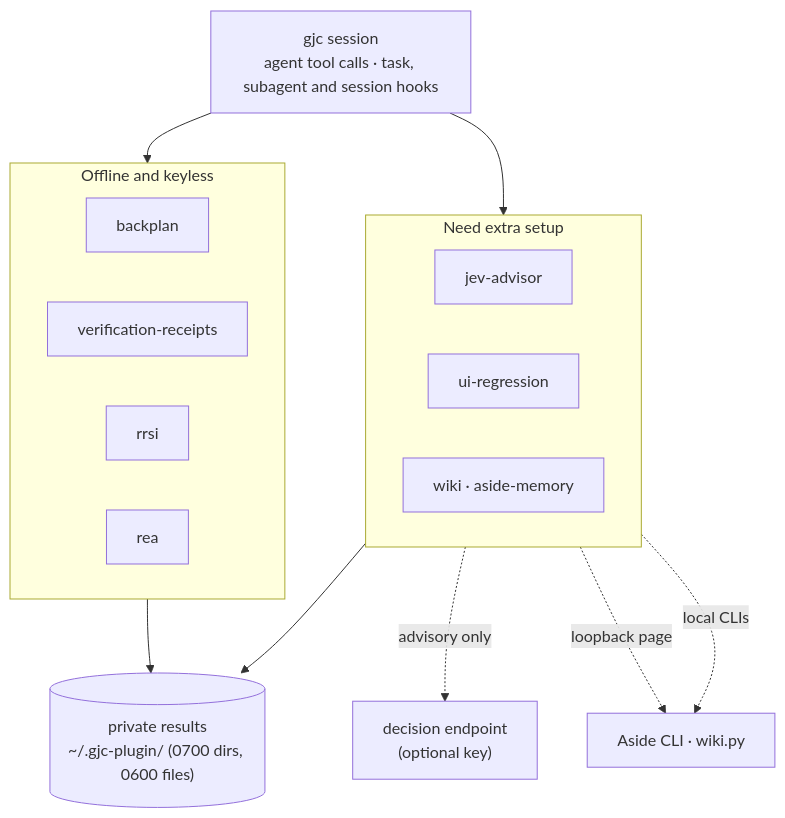
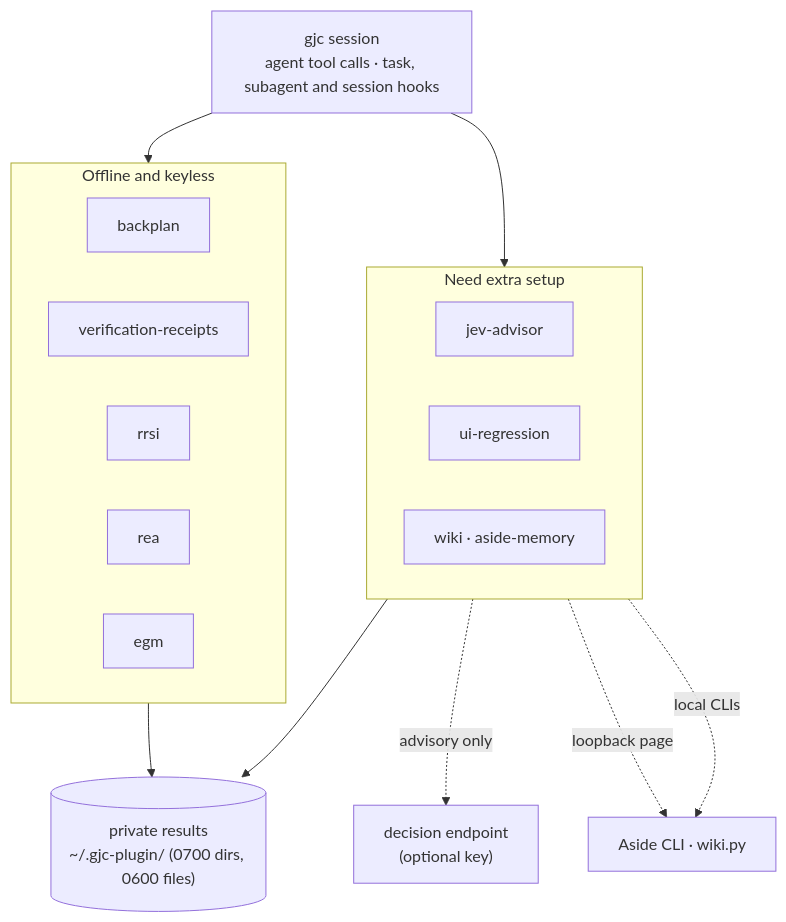
Before and after one commit to jjongguet/gjc-plugin: the diagram in README.md, drawn with Mermaid. The commit also changed other lines of this file and 19 other files, not shown here.

````diff
--- a/README.md
+++ b/README.md
@@ -86,27 +87,28 @@
 ```mermaid
 flowchart TB
   session["gjc session<br/>agent tool calls · task, subagent and session hooks"]
   subgraph offline["Offline and keyless"]
     direction LR
     bp["backplan"]
     vr["verification-receipts"]
     rr["rrsi"]
     rea["rea"]
+    egm["egm"]
   end
   subgraph external["Need extra setup"]
     direction LR
     jev["jev-advisor"]
     ui["ui-regression"]
     personal["wiki · aside-memory"]
   end
   store[("private results<br/>~/.gjc-plugin/ (0700 dirs, 0600 files)")]
   decisions["decision endpoint<br/>(optional key)"]
   tools["Aside CLI · wiki.py"]
   session --> offline
   session --> external
   offline --> store
   external --> store
   jev -. advisory only .-> decisions
   ui -. loopback page .-> tools
   personal -. local CLIs .-> tools
 ```
````
